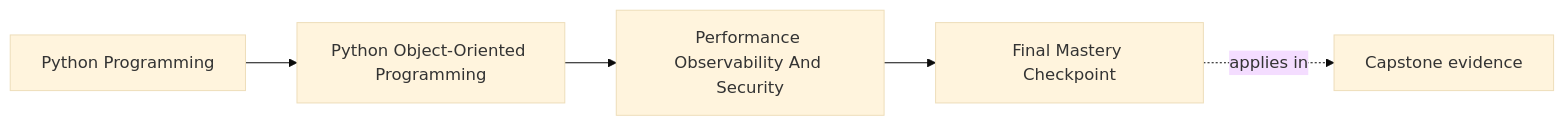
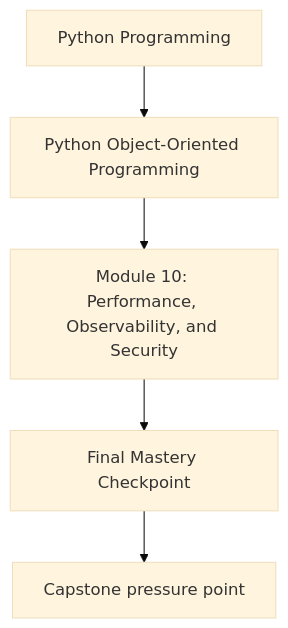
The first of 2 diagrams in programs/python-programming/python-object-oriented-programming/course-book/module-10-performance-observability-and-security/final-mastery-checkpoint.md (bijux/bijux-masterclass), drawn with Mermaid (base theme) before and after one commit. The commit also changed other lines of this file and 107 other files, not shown here.

Commit message:
docs(python-object-oriented-programming): align concept page diagrams

````diff
--- a/programs/python-programming/python-object-oriented-programming/course-book/module-10-performance-observability-and-security/final-mastery-checkpoint.md
+++ b/programs/python-programming/python-object-oriented-programming/course-book/module-10-performance-observability-and-security/final-mastery-checkpoint.md
@@ -7,11 +7,7 @@
 ```mermaid
-graph LR
-  family["Python Programming"]
-  program["Python Object-Oriented Programming"]
-  section["Performance Observability And Security"]
-  page["Final Mastery Checkpoint"]
-  capstone["Capstone evidence"]
-
-  family --> program --> section --> page
-  page -.applies in.-> capstone
+flowchart TD
+  family["Python Programming"] --> program["Python Object-Oriented Programming"]
+  program --> module["Module 10: Performance, Observability, and Security"]
+  module --> concept["Final Mastery Checkpoint"]
+  concept --> capstone["Capstone pressure point"]
 ```
````
